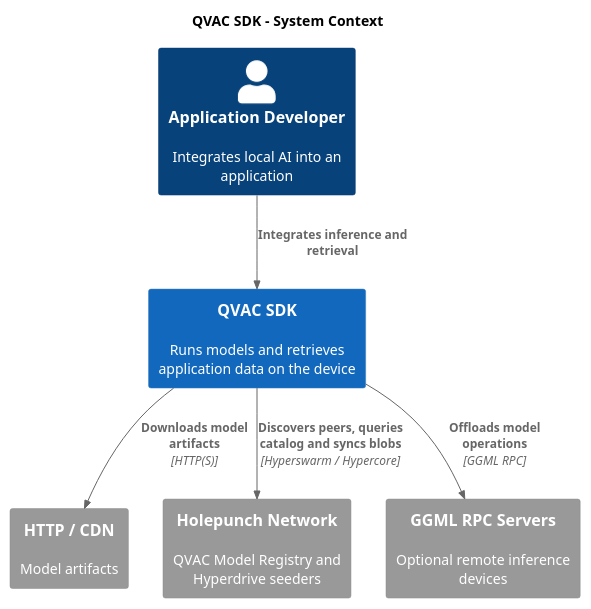
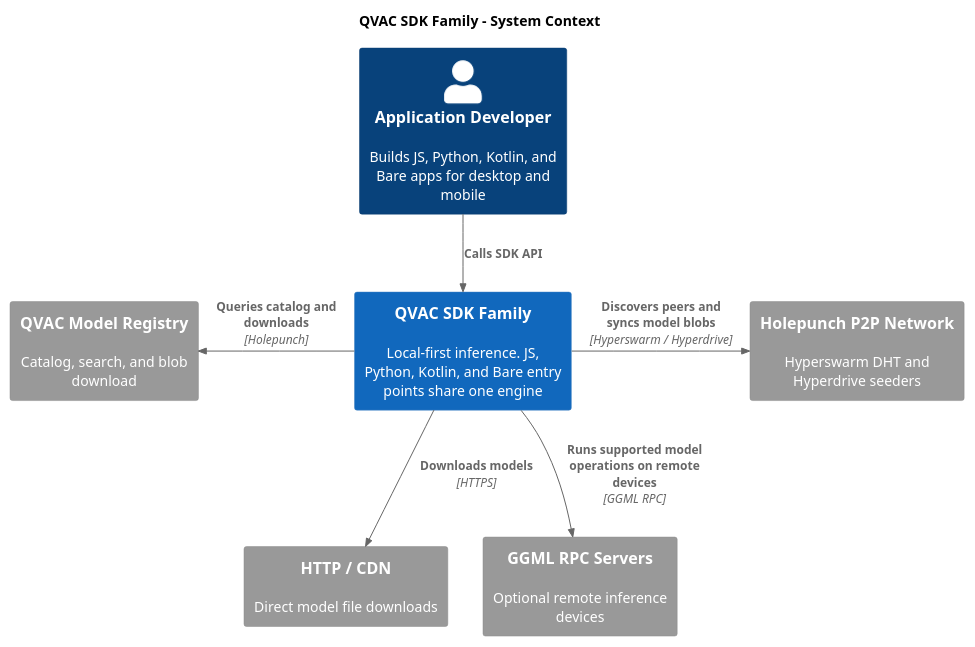
Before and after one commit to tetherto/qvac: the diagram in docs/architecture/puml/01-system-context.puml, drawn with PlantUML. The commit also changed 16 other files, not shown here.

Commit message:
doc[notask]: limit SDK diagram updates to architecture changes

```diff
--- a/docs/architecture/puml/01-system-context.puml
+++ b/docs/architecture/puml/01-system-context.puml
@@ -1,22 +1,22 @@
 @startuml
 !include <C4/C4_Context>
 HIDE_STEREOTYPE()
 
-title QVAC SDK - System Context
+title QVAC SDK Family - System Context
 
-Person(dev, "Application Developer", "Integrates local AI into an application")
+Person(dev, "Application Developer", "Builds JS, Python, Kotlin, and Bare apps for desktop and mobile")
 
-System(sdk, "QVAC SDK", "Runs models and retrieves application data on the device")
+System(sdk, "QVAC SDK Family", "Local-first inference. JS, Python, Kotlin, and Bare entry points share one engine")
 
-System_Ext(http, "HTTP / CDN", "Model artifacts")
-System_Ext(p2p, "Holepunch Network", "QVAC Model Registry and Hyperdrive seeders")
-System_Ext(remote, "GGML RPC Servers", "Optional remote inference devices")
+System_Ext(registry, "QVAC Model Registry", "Catalog, search, and blob download")
+System_Ext(http, "HTTP / CDN", "Direct model file downloads")
+System_Ext(p2p, "Holepunch P2P Network", "Hyperswarm DHT and Hyperdrive seeders")
+System_Ext(rpc, "GGML RPC Servers", "Optional remote inference devices")
 
-Rel_D(dev, sdk, "Integrates inference and retrieval")
-Rel_D(sdk, http, "Downloads model artifacts", "HTTP(S)")
-Rel_D(sdk, p2p, "Discovers peers, queries catalog and syncs blobs", "Hyperswarm / Hypercore")
-Rel_D(sdk, remote, "Offloads model operations", "GGML RPC")
+Rel_D(dev, sdk, "Calls SDK API")
+Rel_L(sdk, registry, "Queries catalog and downloads", "Holepunch")
+Rel_D(sdk, http, "Downloads models", "HTTPS")
+Rel_R(sdk, p2p, "Discovers peers and syncs model blobs", "Hyperswarm / Hyperdrive")
+Rel_D(sdk, rpc, "Runs supported model operations on remote devices", "GGML RPC")
 
-Lay_R(http, p2p)
-Lay_R(p2p, remote)
 @enduml
```
